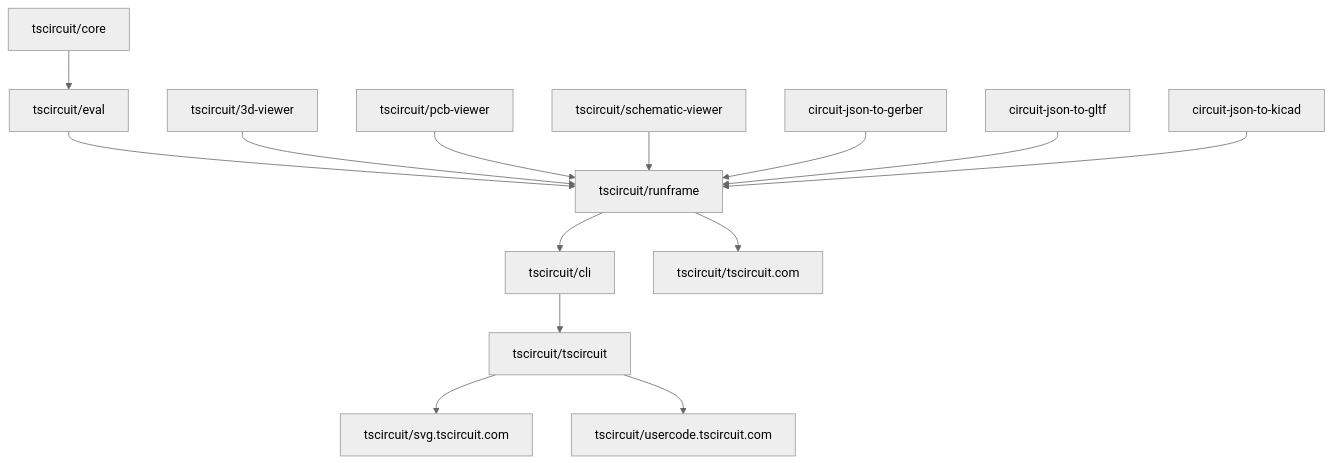
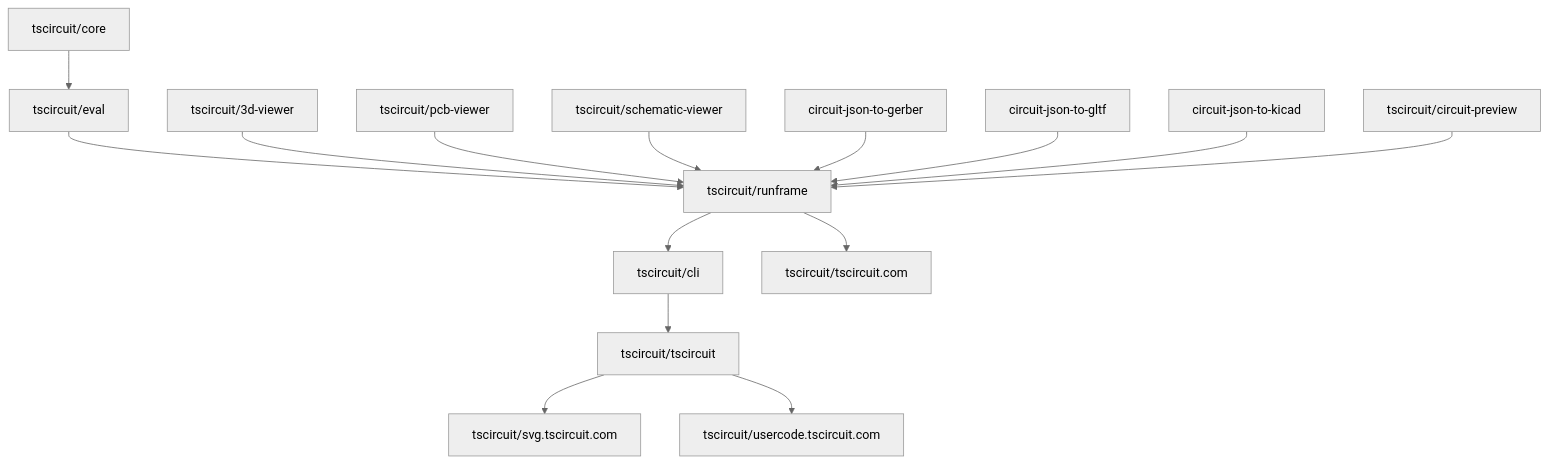
Before and after one commit to tscircuit/docs: the diagram in docs/contributing/package-dependencies-and-auto-updates.mdx, drawn with Mermaid (neutral theme).

Commit message:
Add circuit-preview to package dependency diagram

````diff
--- a/docs/contributing/package-dependencies-and-auto-updates.mdx
+++ b/docs/contributing/package-dependencies-and-auto-updates.mdx
@@ -14,40 +14,43 @@
 ```mermaid
 flowchart TD
 
     %% Core to Eval
     core[tscircuit/core] --> eval[tscircuit/eval]
 
     %% Eval to Runframe
     eval --> runframe[tscircuit/runframe]
 
     %% 3D Viewer to Runframe
     viewer3d[tscircuit/3d-viewer] --> runframe
 
     %% PCB Viewer to Runframe
     pcbviewer[tscircuit/pcb-viewer] --> runframe
 
     %% Schematic Viewer to Runframe
     schemaviewer[tscircuit/schematic-viewer] --> runframe
 
     %% Circuit JSON to Gerber to Runframe
     circuitjsontogerber[circuit-json-to-gerber] --> runframe
 
     %% Circuit JSON to GLTF to Runframe
     circuitjsontogltf[circuit-json-to-gltf] --> runframe
 
     %% Circuit JSON to KiCad to Runframe
     circuitjsontokicad[circuit-json-to-kicad] --> runframe
 
+    %% Circuit Preview to Runframe
+    circuitpreview[tscircuit/circuit-preview] --> runframe
+
     %% Runframe to CLI
     runframe --> cli[tscircuit/cli]
 
     %% Runframe to tscircuit.com
     runframe --> tscircuitcom[tscircuit/tscircuit.com]
     
     %% CLI to Tscircuit
     cli --> tscircuit[tscircuit/tscircuit]
 
     %% Tscircuit to web services
     tscircuit --> svg[tscircuit/svg.tscircuit.com]
     tscircuit --> usercode[tscircuit/usercode.tscircuit.com]
 ```
````
